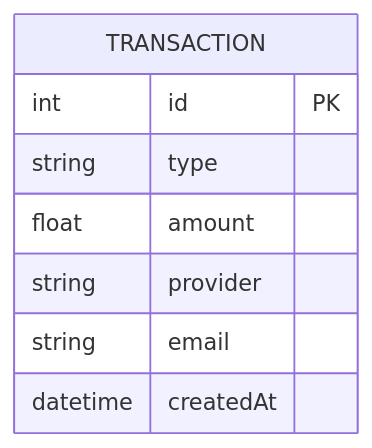
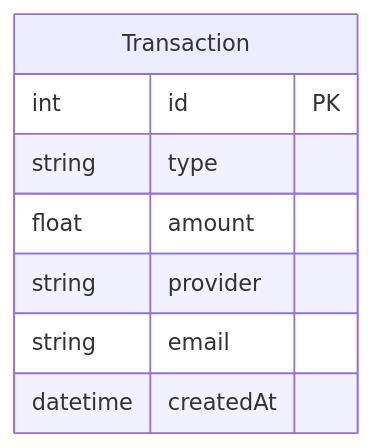
One commit to quochuydev/quochuydev changed the fifth of 5 diagrams in researching/paypal-stripe-payment/prompt.md. Above: the diagram before and after it, drawn with Mermaid. The commit also changed other lines of this file and 64 other files, not shown here.

````diff
--- a/researching/paypal-stripe-payment/prompt.md
+++ b/researching/paypal-stripe-payment/prompt.md
@@ -106,11 +164,11 @@
 ```mermaid
 erDiagram
-  TRANSACTION {
+  Transaction {
     int id PK
     string type
     float amount
     string provider
     string email
     datetime createdAt
   }
 ```
````
